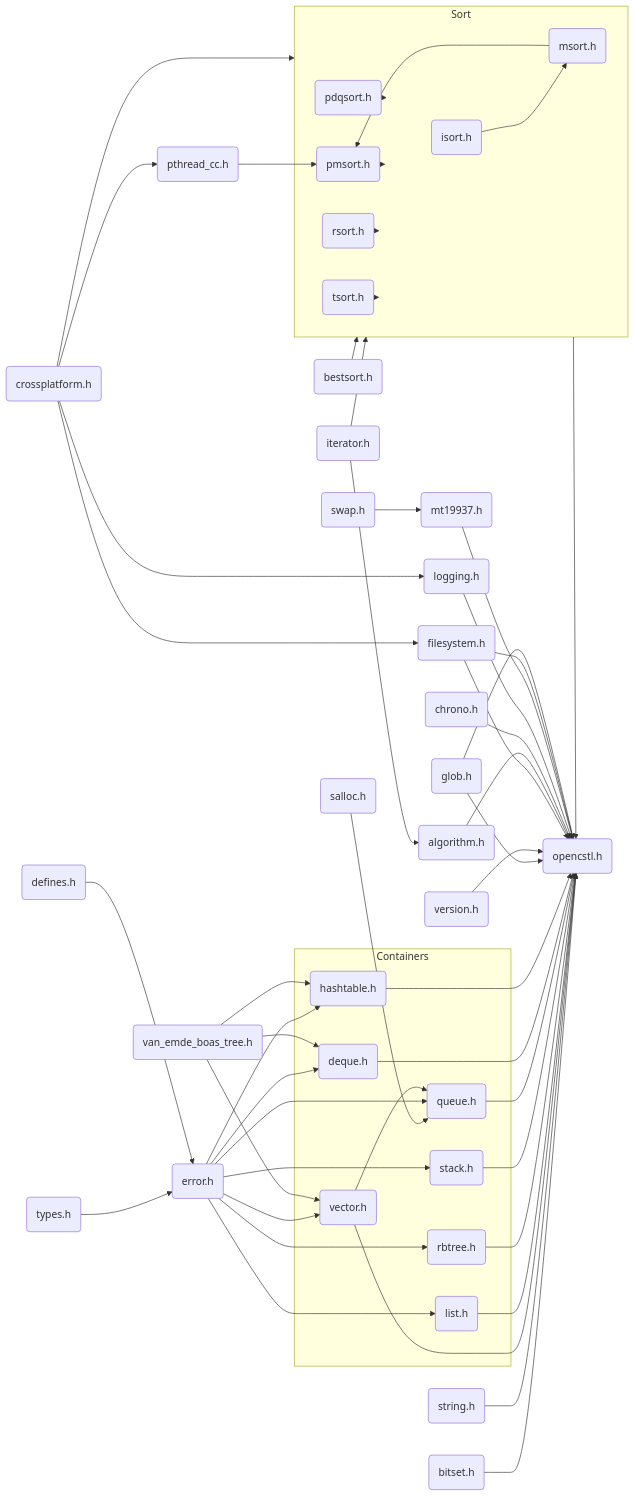
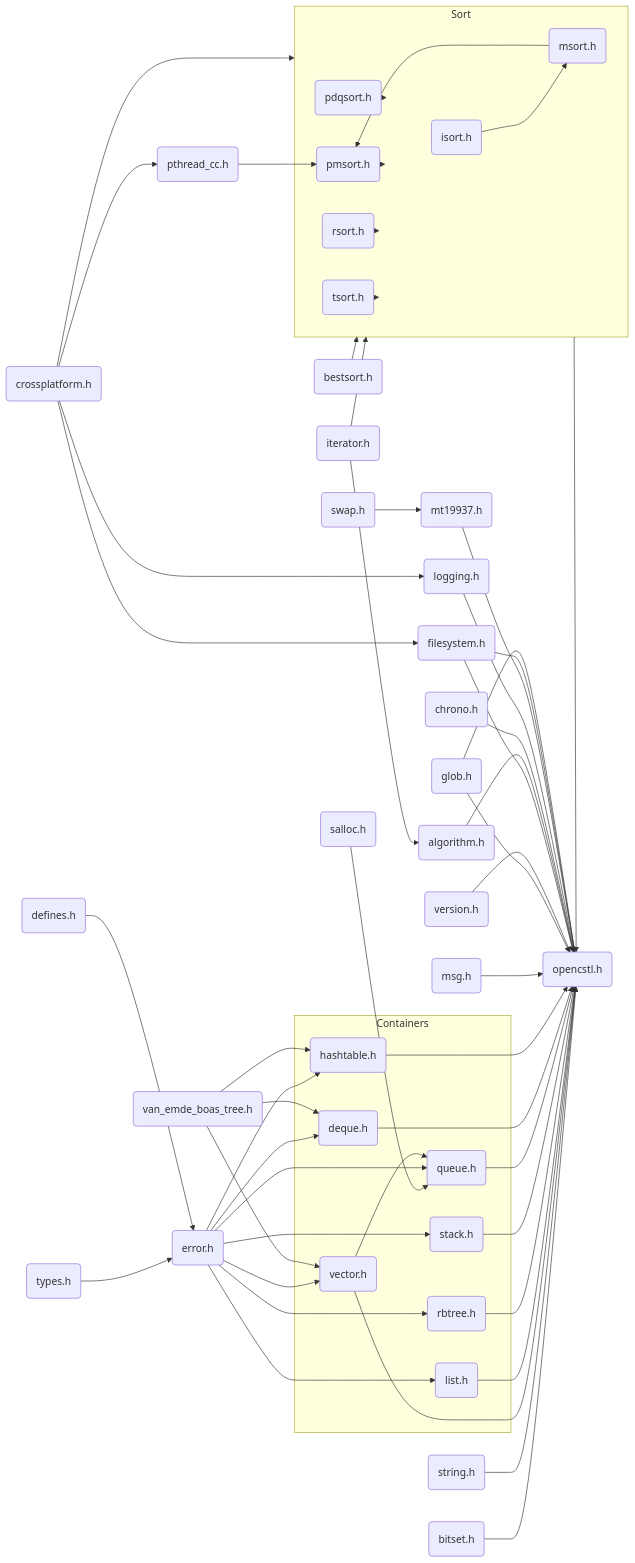
The diagram in README.md (springkim/OpenCSTL), drawn with Mermaid before and after one commit. The commit also changed 41 other files, not shown here.

````diff
--- a/README.md
+++ b/README.md
@@ -245,73 +245,74 @@
 ```mermaid
 
   flowchart LR
       T(types.h) --> E(error.h)
       D(defines.h) --> E(error.h)
       C(crossplatform.h) --> L(logging.h)
       C(crossplatform.h) --> PTHREADCC(pthread_cc.h)
       E(error.h) --> V(vector.h)
       E(error.h) --> LST(list.h)
       E(error.h) --> S(stack.h)
       SALLOC(salloc.h) --> Q(queue.h)
       E(error.h) --> Q(queue.h)
       V(vector.h) --> Q(queue.h)
       E(error.h) --> TREE(rbtree.h)
       E(error.h) --> DQ(deque.h)
       E(error.h) --> H(hashtable.h)
       VEBT(van_emde_boas_tree.h) --> H(hashtable.h)
       VEBT(van_emde_boas_tree.h) --> V(vector.h)
       VEBT(van_emde_boas_tree.h) --> DQ(deque.h)
 
       subgraph CONTAINERS[Containers]
           V(vector.h)
           LST(list.h)
           S(stack.h)
           Q(queue.h)
           TREE(tree.h)
           DQ(deque.h)
           H(hashtable.h)
       end
       
       subgraph SORT[Sort]
       	ISORT(isort.h)
       	TSORT(tsort.h)
       	MSORT(msort.h)
       	RSORT(rsort.h)
       	PMSORT(pmsort.h)
       	PDQSORT(pdqsort.h)
       end
 
 	  B(bitset.h) --> OCSTL(opencstl.h)
 	  STR(string.h) --> OCSTL(opencstl.h)
       V(vector.h) --> OCSTL(opencstl.h)
       LST(list.h) --> OCSTL(opencstl.h)
       TREE(rbtree.h) --> OCSTL(opencstl.h)
       S(stack.h) --> OCSTL(opencstl.h)
       Q(queue.h) --> OCSTL(opencstl.h)
       DQ(deque.h) --> OCSTL(opencstl.h)
       H(hashtable.h) --> OCSTL(opencstl.h)
+      MSG(msg.h) --> OCSTL(opencstl.h)
       ISORT(isort.h) --> MSORT(msort.h)
       TSORT(tsort.h) --> SORT(sort.h)
       MSORT(msort.h) --> SORT(sort.h)
       RSORT(rsort.h) --> SORT(sort.h)
       PTHREADCC(pthread_cc.h) --> PMSORT(pmsort.h)
       MSORT(msort.h) --> PMSORT(pmsort.h)
       PMSORT(pmsort.h) --> SORT(sort.h)
       BSORT(bestsort.h) --> SORT(sort.h)
       ITER(iterator.h) --> SORT(sort.h)
       ITER(iterator.h) --> ALGO(algorithm.h)
       PDQSORT(pdqsort.h) --> SORT(sort.h)
       C(crossplatform.h) --> SORT(sort.h)
       GLOB(glob.h) --> OCSTL(opencstl.h)
       SORT(sort.h) --> OCSTL(opencstl.h)
       VER(version.h) --> OCSTL(opencstl.h)
       FS(fstream.h) --> OCSTL(opencstl.h)
       ALGO(algorithm.h) --> OCSTL(opencstl.h)
       WATCH(chrono.h) --> OCSTL(opencstl.h)
       L(logging.h) --> OCSTL(opencstl.h)
       MT(mt19937.h) --> OCSTL(opencstl.h)
       SWAP(swap.h) --> MT(mt19937.h)
       C(crossplatform.h) --> FS(filesystem.h)
       FS(filesystem.h) --> OCSTL(opencstl.h)
       GLOB(glob.h) --> OCSTL(opencstl.h)
 ```
````
